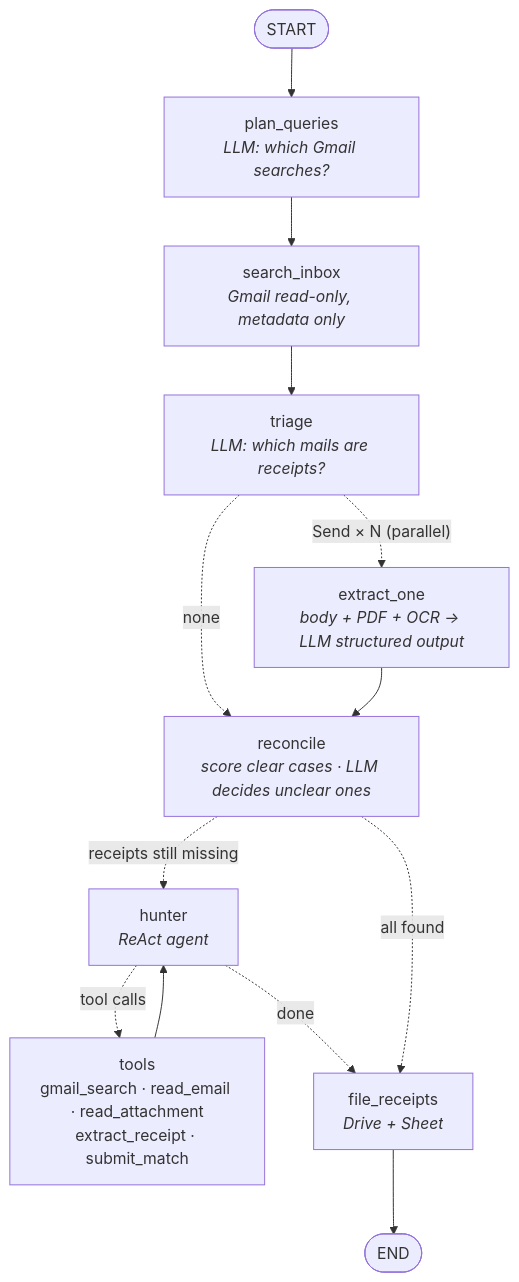
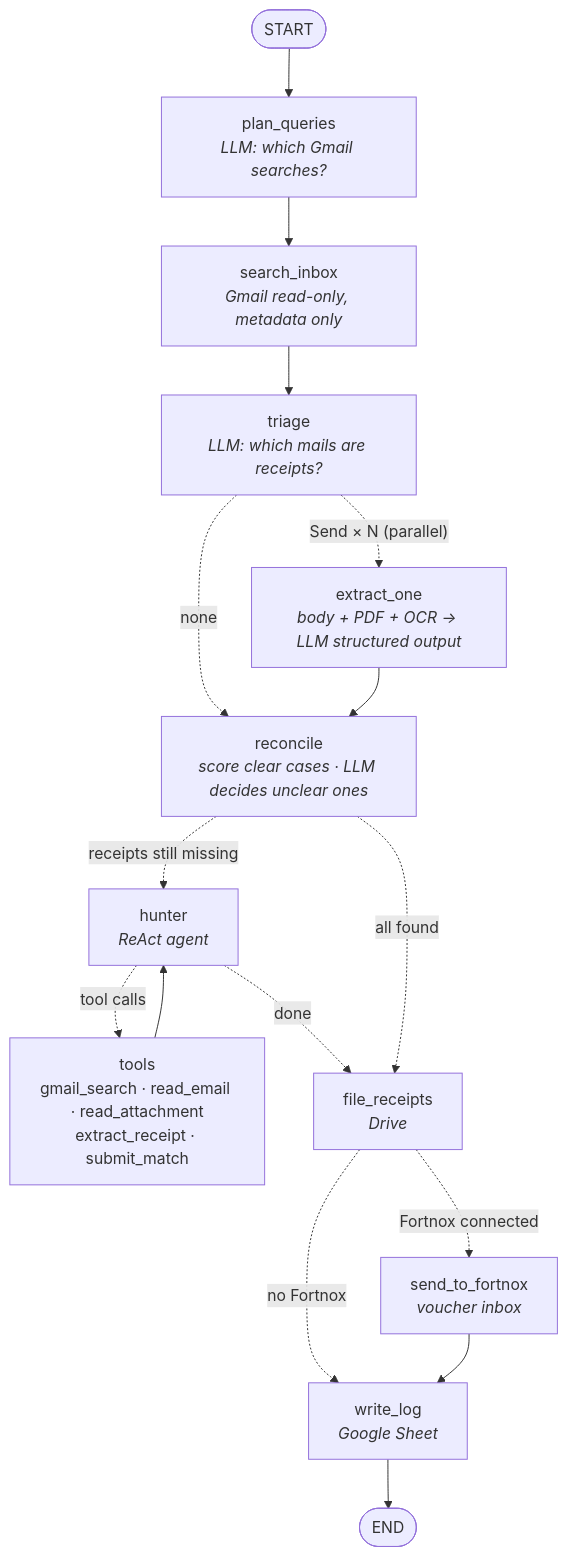
Before and after one commit to crazycoder110-cmyk/receipt_audit: the diagram in README.md, drawn with Mermaid. The commit also changed other lines of this file and 8 other files, not shown here.

````diff
--- a/README.md
+++ b/README.md
@@ -9,15 +10,18 @@
 ```mermaid
 flowchart TD
     S([START]) --> P[plan_queries<br/><i>LLM: which Gmail searches?</i>]
     P --> SI[search_inbox<br/><i>Gmail read-only, metadata only</i>]
     SI --> T[triage<br/><i>LLM: which mails are receipts?</i>]
     T -. "Send × N (parallel)" .-> X[extract_one<br/><i>body + PDF + OCR → LLM structured output</i>]
     T -. none .-> R
     X --> R[reconcile<br/><i>score clear cases · LLM decides unclear ones</i>]
     R -. "receipts still missing" .-> H[hunter<br/><i>ReAct agent</i>]
     H -. tool calls .-> TL[tools<br/>gmail_search · read_email · read_attachment<br/>extract_receipt · submit_match]
     TL --> H
     H -. done .-> F
-    R -. all found .-> F[file_receipts<br/><i>Drive + Sheet</i>]
-    F --> E([END])
+    R -. all found .-> F[file_receipts<br/><i>Drive</i>]
+    F -. Fortnox connected .-> FX[send_to_fortnox<br/><i>voucher inbox</i>]
+    F -. no Fortnox .-> W
+    FX --> W[write_log<br/><i>Google Sheet</i>]
+    W --> E([END])
 ```
````
